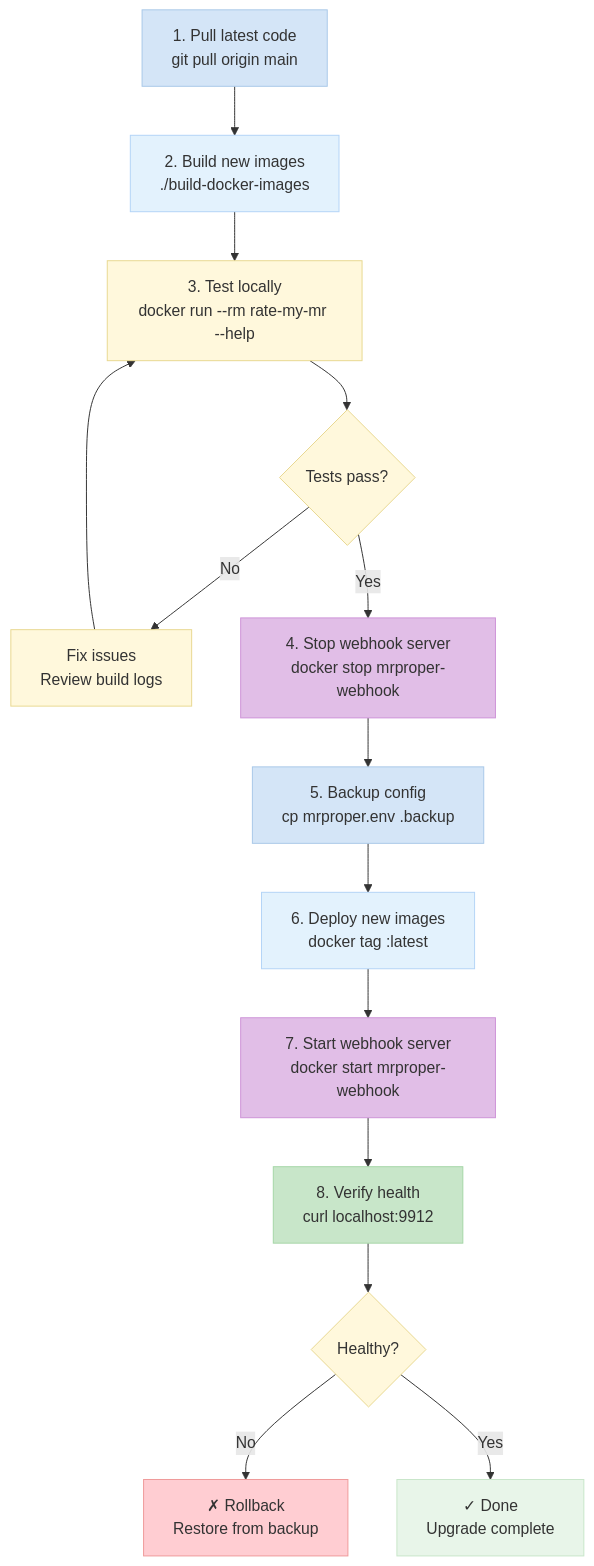
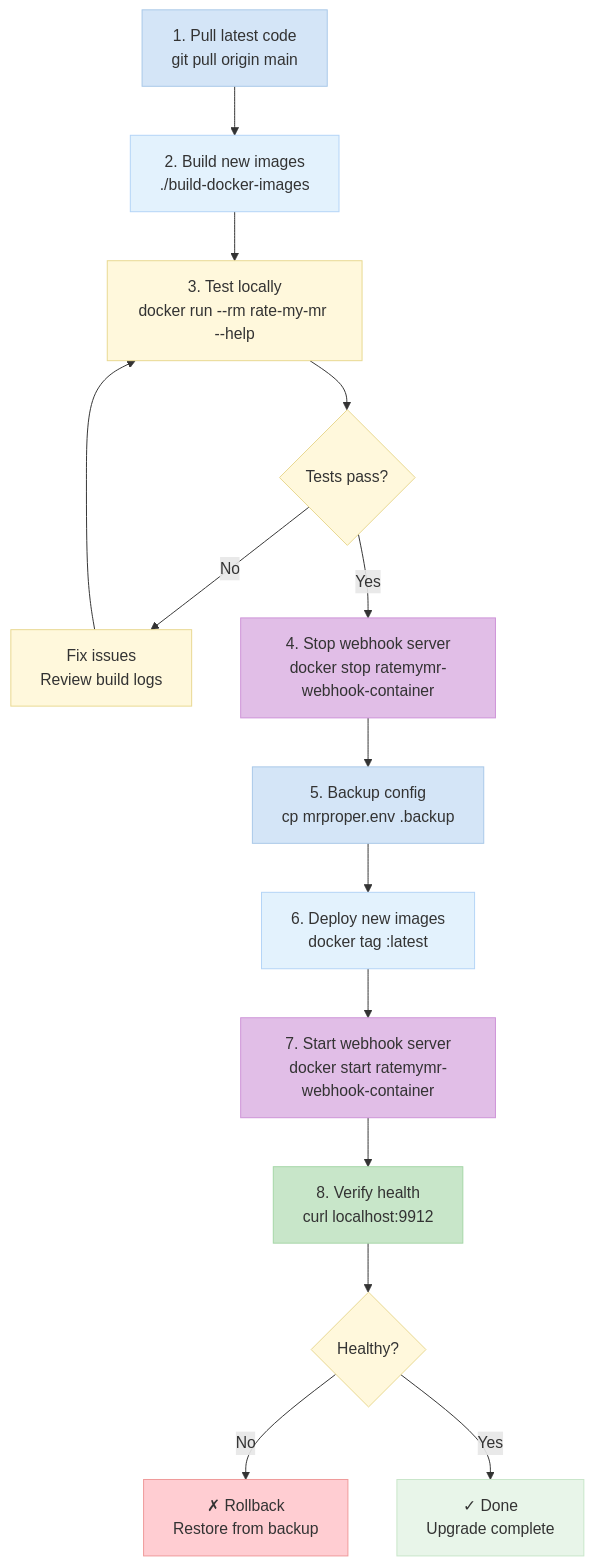
The third of 3 diagrams in OPERATIONS.md (vigneshpalanivelr/commit-validator), drawn with Mermaid before and after one commit. The commit also changed other lines of this file and 9 other files, not shown here.

````diff
--- a/OPERATIONS.md
+++ b/OPERATIONS.md
@@ -1417,33 +1510,33 @@
 ```mermaid
 flowchart TD
     A[1. Pull latest code<br/>git pull origin main] --> B[2. Build new images<br/>./build-docker-images]
     B --> C[3. Test locally<br/>docker run --rm rate-my-mr --help]
     C --> D{Tests pass?}
     D -->|No| E[Fix issues<br/>Review build logs]
     E --> C
-    D -->|Yes| F[4. Stop webhook server<br/>docker stop mrproper-webhook]
+    D -->|Yes| F[4. Stop webhook server<br/>docker stop ratemymr-webhook-container]
     F --> G[5. Backup config<br/>cp mrproper.env .backup]
     G --> H[6. Deploy new images<br/>docker tag :latest]
-    H --> I[7. Start webhook server<br/>docker start mrproper-webhook]
+    H --> I[7. Start webhook server<br/>docker start ratemymr-webhook-container]
     I --> J[8. Verify health<br/>curl localhost:9912]
     J --> K{Healthy?}
     K -->|No| L[✗ Rollback<br/>Restore from backup]
     K -->|Yes| M[✓ Done<br/>Upgrade complete]
 
     classDef prepare fill:#d4e5f7,color:#333,stroke:#a8c8e8
     classDef build fill:#e3f2fd,color:#333,stroke:#b3d4f7
     classDef test fill:#fff8dc,color:#333,stroke:#e8d890
     classDef deploy fill:#e1bee7,color:#333,stroke:#ce93d8
     classDef verify fill:#c8e6c9,color:#333,stroke:#a5d6a7
     classDef error fill:#ffcdd2,color:#333,stroke:#ef9a9a
     classDef success fill:#e8f5e9,color:#333,stroke:#c8e6c9
 
     class A,G prepare
     class B,H build
     class C,E test
     class D,K test
     class F,I deploy
     class J verify
     class L error
     class M success
 ```
````
